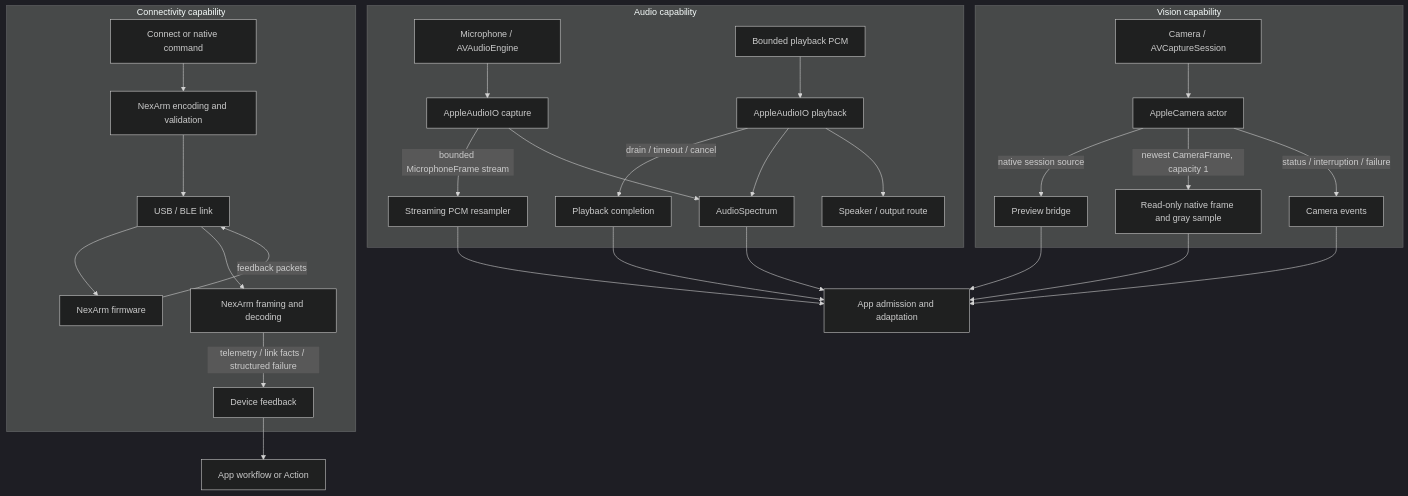
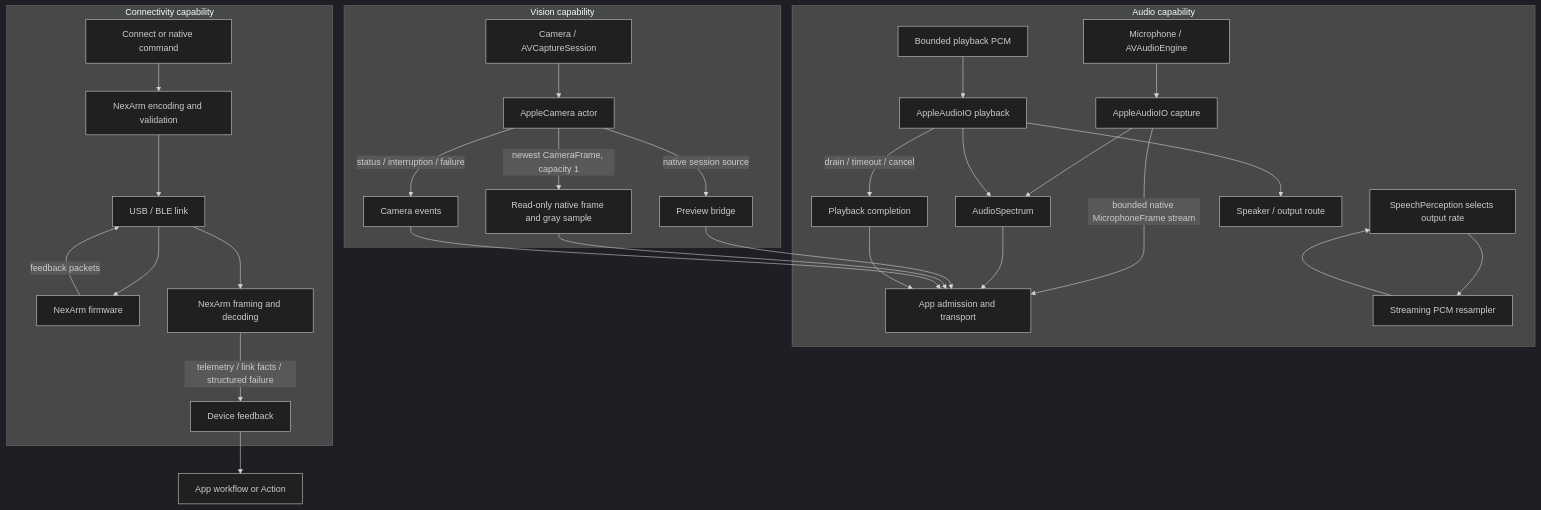
Before and after one commit to devilyouwei/MobileHarness: the second of 2 diagrams in MobileHarness/PlatformKit/README.md, drawn with Mermaid (dark theme). The commit also changed other lines of this file and 100 other files, not shown here.

````diff
--- a/MobileHarness/PlatformKit/README.md
+++ b/MobileHarness/PlatformKit/README.md
@@ -48,36 +48,37 @@
 ```mermaid
 flowchart TB
     subgraph Audio[Audio capability]
         Mic[Microphone / AVAudioEngine] --> Capture[AppleAudioIO capture]
-        Capture -->|bounded MicrophoneFrame stream| Convert[Streaming PCM resampler]
+        Capture -->|bounded native MicrophoneFrame stream| AppBoundary[App admission and transport]
+        AgentCaller[SpeechPerception selects output rate] --> Convert[Streaming PCM resampler]
         PCM[Bounded playback PCM] --> Playback[AppleAudioIO playback]
         Playback -->|drain / timeout / cancel| PlaybackResult[Playback completion]
         Capture --> Meter[AudioSpectrum]
         Playback --> Meter
         Playback --> Speaker[Speaker / output route]
     end
 
     subgraph Vision[Vision capability]
         Camera[Camera / AVCaptureSession] --> AppleCamera[AppleCamera actor]
         AppleCamera -->|native session source| Preview[Preview bridge]
         AppleCamera -->|newest CameraFrame, capacity 1| Frames[Read-only native frame and gray sample]
         AppleCamera -->|status / interruption / failure| CameraStatus[Camera events]
     end
 
     subgraph Connectivity[Connectivity capability]
         Request[Connect or native command] --> Protocol[NexArm encoding and validation]
         Protocol --> Link[USB / BLE link]
         Link --> Device[NexArm firmware]
         Device -->|feedback packets| Link
         Link --> Decode[NexArm framing and decoding]
         Decode -->|telemetry / link facts / structured failure| Feedback[Device feedback]
     end
 
-    Convert --> AppBoundary[App admission and adaptation]
+    Convert --> AgentCaller
     Meter --> AppBoundary
     Preview --> AppBoundary
     Frames --> AppBoundary
     CameraStatus --> AppBoundary
     PlaybackResult --> AppBoundary
     Feedback --> ConsumerBoundary[App workflow or Action]
 ```
````
